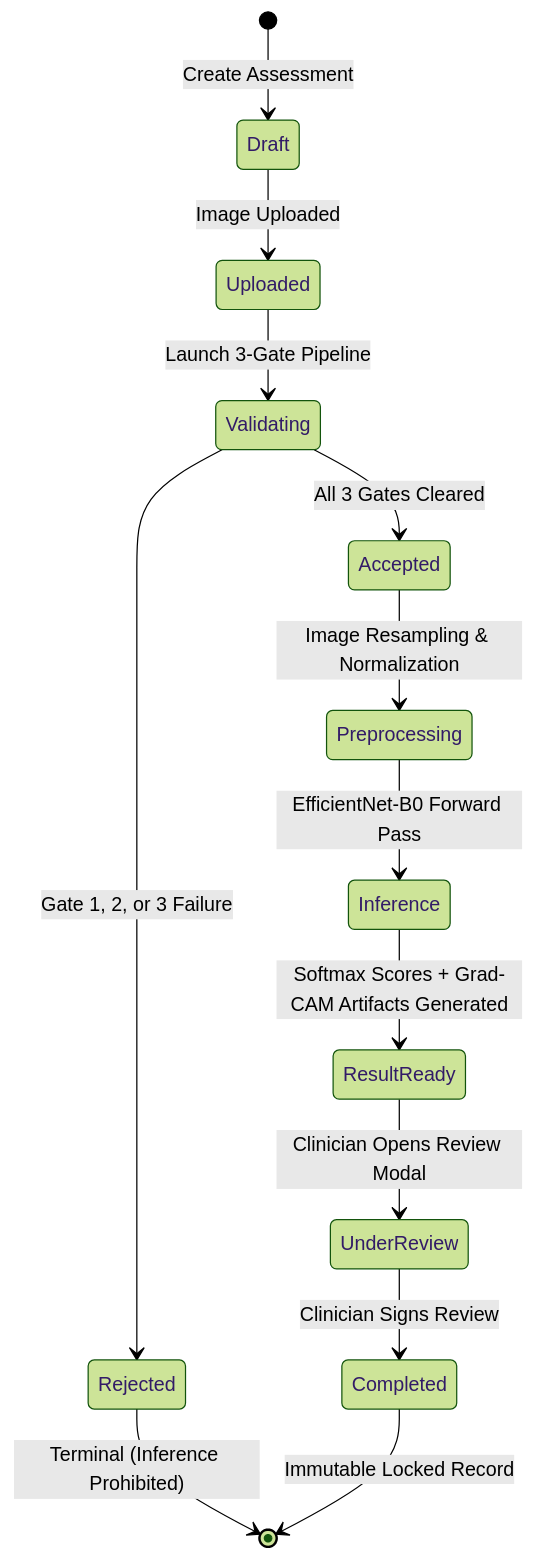
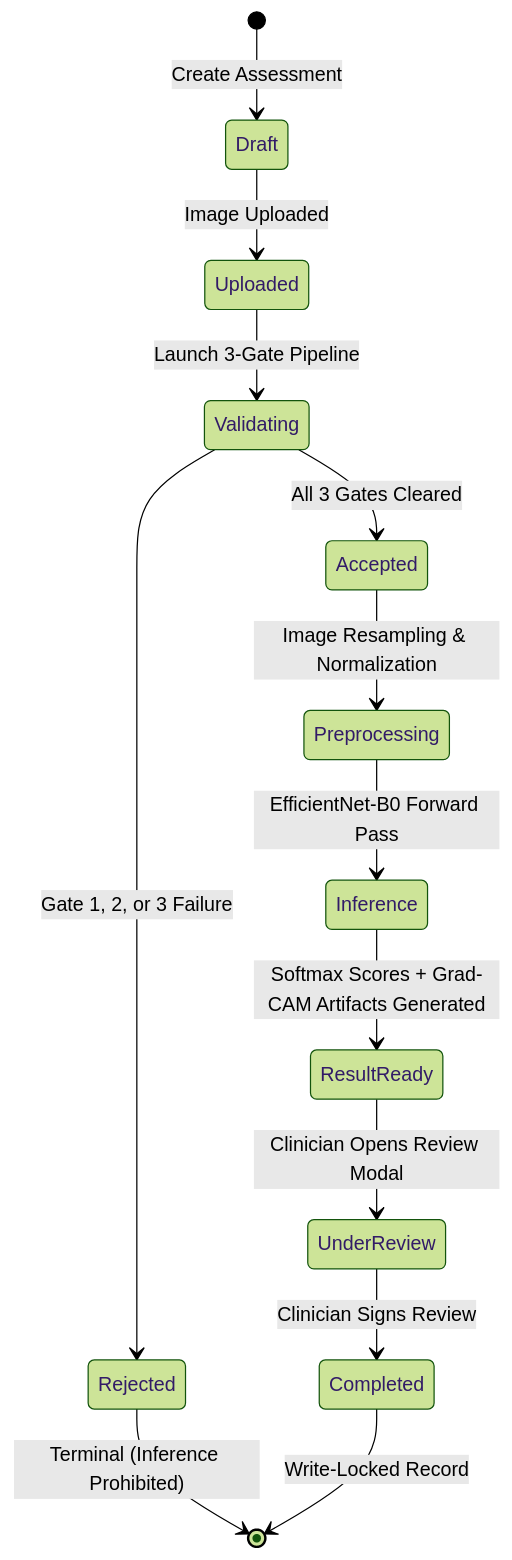
One commit to CloudTechy/diabetic-retinopathy-cdss changed the second of 2 diagrams in docs/chapter4/architecture.md. Above: the diagram before and after it, drawn with Mermaid (forest theme). The commit also changed other lines of this file and 21 other files, not shown here.

````diff
--- a/docs/chapter4/architecture.md
+++ b/docs/chapter4/architecture.md
@@ -120,19 +119,19 @@
 ```mermaid
 stateDiagram-v2
     [*] --> Draft : Create Assessment
     Draft --> Uploaded : Image Uploaded
     Uploaded --> Validating : Launch 3-Gate Pipeline
     
     Validating --> Rejected : Gate 1, 2, or 3 Failure
     Validating --> Accepted : All 3 Gates Cleared
     
     Accepted --> Preprocessing : Image Resampling & Normalization
     Preprocessing --> Inference : EfficientNet-B0 Forward Pass
     Inference --> ResultReady : Softmax Scores + Grad-CAM Artifacts Generated
     
     ResultReady --> UnderReview : Clinician Opens Review Modal
     UnderReview --> Completed : Clinician Signs Review
     
     Rejected --> [*] : Terminal (Inference Prohibited)
-    Completed --> [*] : Immutable Locked Record
+    Completed --> [*] : Write-Locked Record
 ```
````
